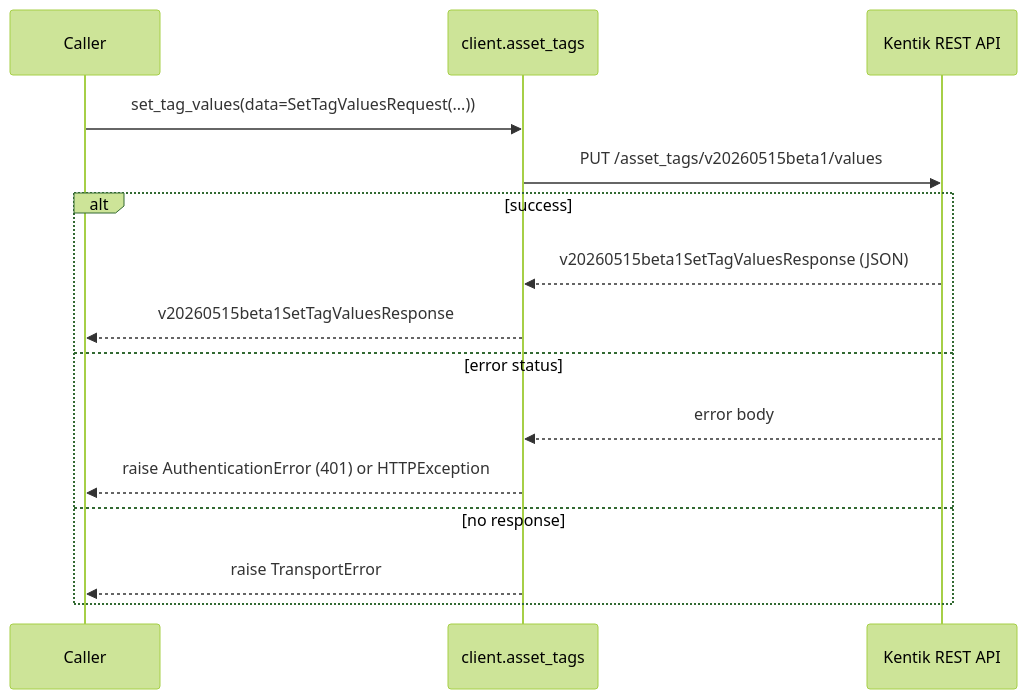
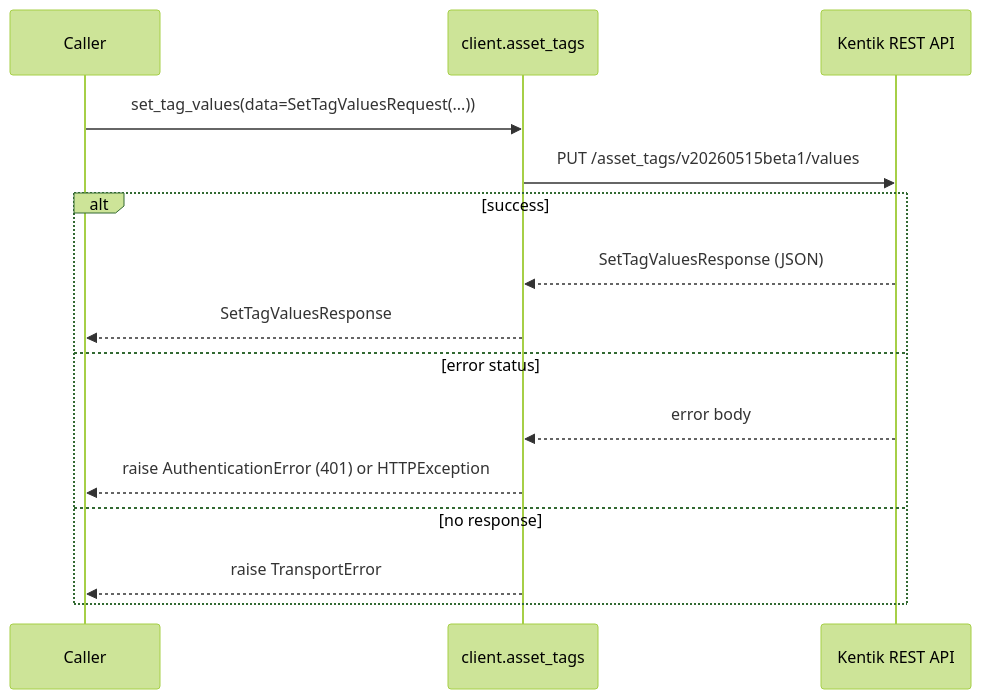
One commit to alexdearaujo/community_sdk_python changed diagram 16 of 20 in docs/sphinx/services/asset_tags.md. Above: the diagram before and after it, drawn with Mermaid (forest theme). The commit also changed other lines of this file and 38 other files, not shown here.

````diff
--- a/docs/sphinx/services/asset_tags.md
+++ b/docs/sphinx/services/asset_tags.md
@@ -568,18 +568,18 @@
 ```mermaid
 sequenceDiagram
     participant C as Caller
     participant W as client.asset_tags
     participant API as Kentik REST API
 
     C->>W: set_tag_values(data=SetTagValuesRequest(...))
     W->>API: PUT /asset_tags/v20260515beta1/values
     alt success
-        API-->>W: v20260515beta1SetTagValuesResponse (JSON)
-        W-->>C: v20260515beta1SetTagValuesResponse
+        API-->>W: SetTagValuesResponse (JSON)
+        W-->>C: SetTagValuesResponse
     else error status
         API-->>W: error body
         W-->>C: raise AuthenticationError (401) or HTTPException
     else no response
         W-->>C: raise TransportError
     end
 ```
````
